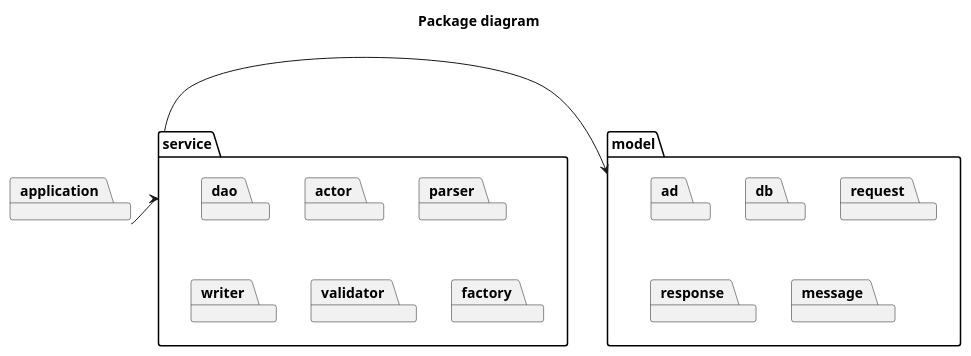
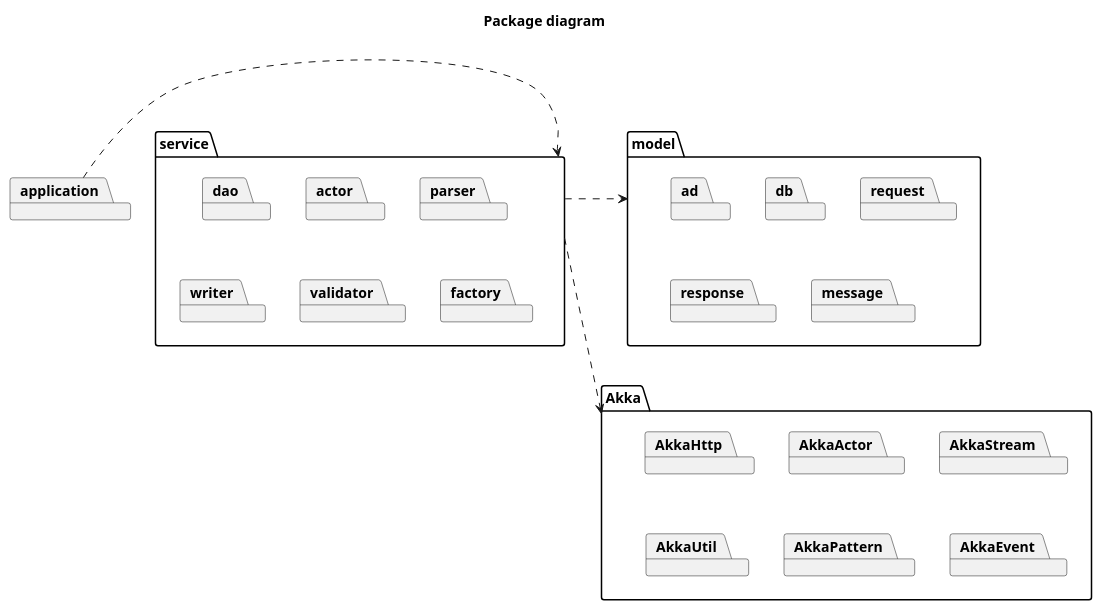
The diagram in diagrams/packages.puml (bwsw/simple-rtb-exchange), drawn with PlantUML before and after one commit.

Commit message:
diagram updated

```diff
--- a/diagrams/packages.puml
+++ b/diagrams/packages.puml
@@ -1,27 +1,38 @@
 @startuml
 
 title Package diagram
 
 skinparam componentStyle uml2
 
 package model {
     package ad
     package db
     package request
     package response
     package message
 }
 package service {
     package dao
     package actor
     package parser
     package writer
     package validator
     package factory
 }
+package Akka {
+    package AkkaHttp
+    package AkkaActor
+    package AkkaStream
+    package AkkaUtil
+    package AkkaPattern
+    package AkkaEvent
+}
+
+
 package application
 
-application -> service
-service -> model
+application .> service
+service .> Akka
+service .> model
 
 @enduml
```
